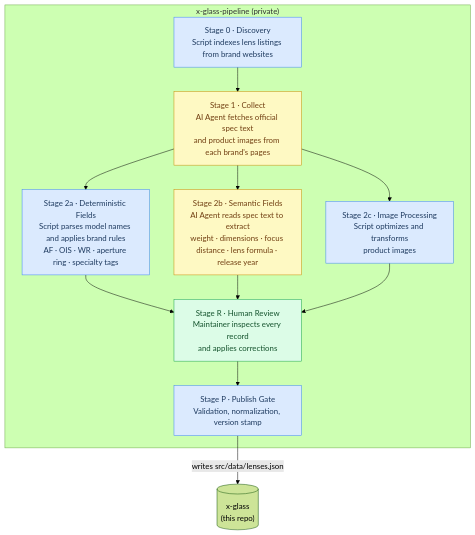
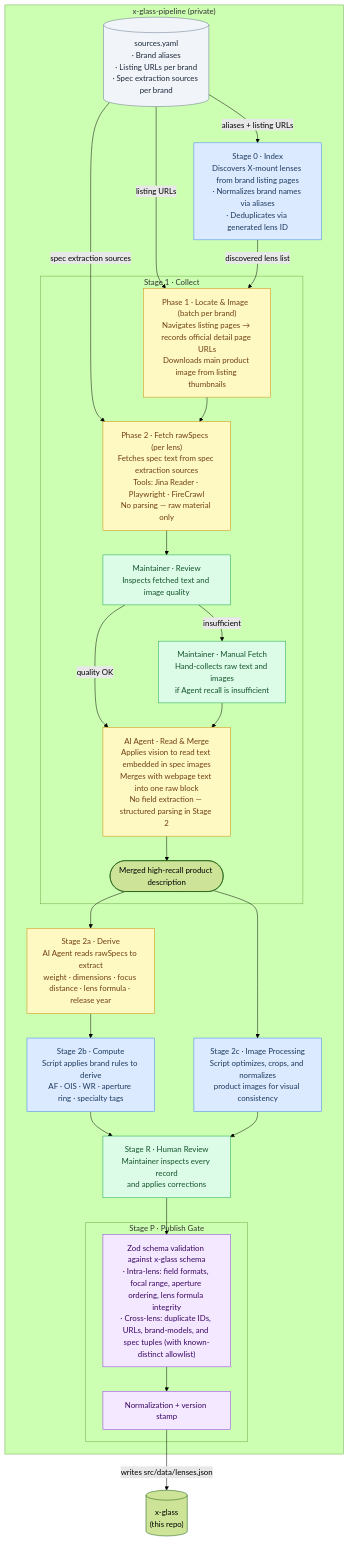
Before and after one commit to sentacraft/x-glass: the diagram in README.md, drawn with Mermaid (forest theme).

Commit message:
docs(readme): overhaul data pipeline diagram with accurate stage details

````diff
--- a/README.md
+++ b/README.md
@@ -44,27 +44,56 @@
 ```mermaid
 flowchart TD
   subgraph pipeline["x-glass-pipeline (private)"]
-    S0["Stage 0 · Discovery\nScript indexes lens listings from brand websites"]
-    S1["Stage 1 · Collect\nAI Agent fetches official spec text\nand product images from each brand's pages"]
-    S2a["Stage 2a · Deterministic Fields\nScript parses model names and applies brand rules\nAF · OIS · WR · aperture ring · specialty tags"]
-    S2b["Stage 2b · Semantic Fields\nAI Agent reads spec text to extract\nweight · dimensions · focus distance · lens formula · release year"]
-    S2c["Stage 2c · Image Processing\nScript optimizes and transforms\nproduct images"]
+    SOURCES[("sources.yaml\n· Brand aliases\n· Listing URLs per brand\n· Spec extraction sources per brand")]
+
+    S0["Stage 0 · Index\nDiscovers X-mount lenses from brand listing pages\n· Normalizes brand names via aliases\n· Deduplicates via generated lens ID"]
+
+    subgraph s1["Stage 1 · Collect"]
+      S1p1["Phase 1 · Locate & Image  (batch per brand)\nNavigates listing pages → records official detail page URLs\nDownloads main product image from listing thumbnails"]
+      S1p2["Phase 2 · Fetch rawSpecs  (per lens)\nFetches spec text from spec extraction sources\nTools: Jina Reader · Playwright · FireCrawl\nNo parsing — raw material only"]
+      S1r["Maintainer · Review\nInspects fetched text and image quality"]
+      S1h["Maintainer · Manual Fetch\nHand-collects raw text and images\nif Agent recall is insufficient"]
+      S1b["AI Agent · Read & Merge\nApplies vision to read text embedded in spec images\nMerges with webpage text into one raw block\nNo field extraction — structured parsing in Stage 2"]
+      S1out(["Merged high-recall product description"])
+    end
+
+    S2a["Stage 2a · Derive\nAI Agent reads rawSpecs to extract\nweight · dimensions · focus distance · lens formula · release year"]
+    S2b["Stage 2b · Compute\nScript applies brand rules to derive\nAF · OIS · WR · aperture ring · specialty tags"]
+    S2c["Stage 2c · Image Processing\nScript optimizes, crops, and normalizes\nproduct images for visual consistency"]
     SR["Stage R · Human Review\nMaintainer inspects every record\nand applies corrections"]
-    SP["Stage P · Publish Gate\nValidation, normalization, version stamp"]
+
+    subgraph sp["Stage P · Publish Gate"]
+      SP1["Zod schema validation against x-glass schema\n· Intra-lens: field formats, focal range, aperture ordering, lens formula integrity\n· Cross-lens: duplicate IDs, URLs, brand-models, and spec tuples (with known-distinct allowlist)"]
+      SP2["Normalization + version stamp"]
+    end
   end
 
-  S0 --> S1
-  S1 --> S2a & S2b & S2c
-  S2a & S2b & S2c --> SR
-  SR --> SP
-  SP -->|"writes src/data/lenses.json"| DB[("x-glass\n(this repo)")]
+  SOURCES -->|"aliases + listing URLs"| S0
+  SOURCES -->|"listing URLs"| S1p1
+  SOURCES -->|"spec extraction sources"| S1p2
+  S0 -->|"discovered lens list"| S1p1
+  S1p1 --> S1p2
+  S1p2 --> S1r
+  S1r -->|"quality OK"| S1b
+  S1r -->|"insufficient"| S1h
+  S1h --> S1b
+  S1b --> S1out
+  S1out --> S2a & S2c
+  S2a --> S2b
+  S2b & S2c --> SR
+  SR --> SP1
+  SP1 --> SP2
+  SP2 -->|"writes src/data/lenses.json"| DB[("x-glass\n(this repo)")]
 
   classDef script fill:#dbeafe,stroke:#3b82f6,color:#1e3a5f
   classDef agent fill:#fef9c3,stroke:#ca8a04,color:#713f12
   classDef human fill:#dcfce7,stroke:#16a34a,color:#14532d
   classDef gate fill:#f3e8ff,stroke:#9333ea,color:#3b0764
+  classDef config fill:#f1f5f9,stroke:#64748b,color:#1e293b
 
-  class S0,S2a,S2c,SP script
-  class S1,S2b agent
-  class SR human
+  class S0,S2b,S2c script
+  class S1p1,S1p2,S1b,S2a agent
+  class S1r,S1h,SR human
+  class SP1,SP2 gate
+  class SOURCES config
 ```
````
